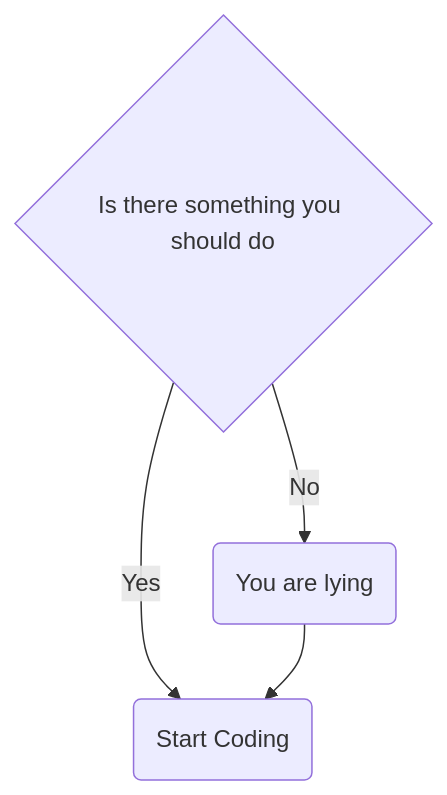
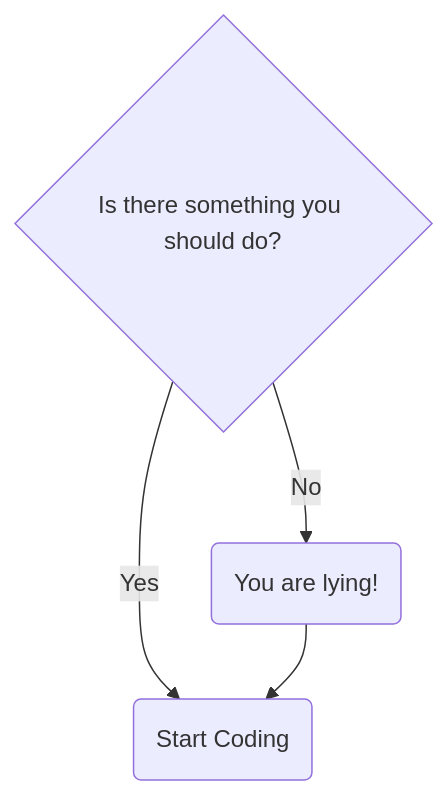
One commit to NoneelPrasad/NoneelPrasad changed the diagram in README.md. Above: the diagram before and after it, drawn with Mermaid.

````diff
--- a/README.md
+++ b/README.md
@@ -21,6 +21,6 @@
 ```mermaid
 graph TD
-    A{Is there something you should do} -->|Yes| B(Start Coding)
-    A -->|No| C(You are lying)
+    A{Is there something you should do?} -->|Yes| B(Start Coding)
+    A -->|No| C(You are lying!)
     C --> B 
   ```
````
